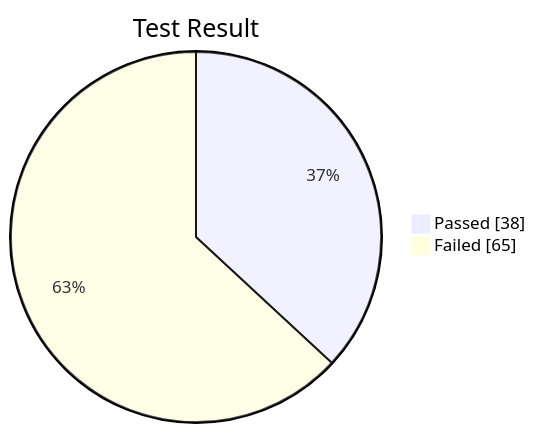
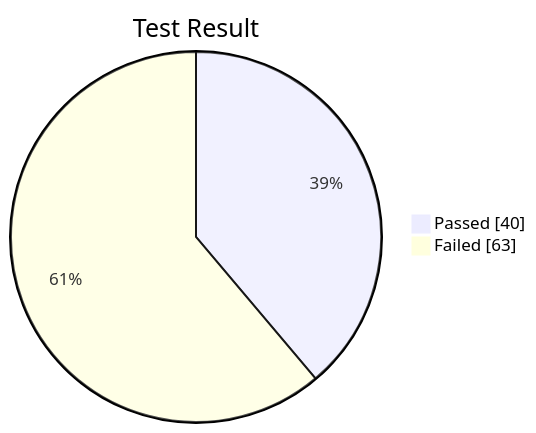
Before and after one commit to solo5star/woowacourse-precourse-judge: the diagram in judge/woowacourse-precourse/javascript-menu/README.md, drawn with Mermaid. The commit also changed other lines of this file and 10 other files, not shown here.

````diff
--- a/judge/woowacourse-precourse/javascript-menu/README.md
+++ b/judge/woowacourse-precourse/javascript-menu/README.md
@@ -9,6 +9,6 @@
 ```mermaid
 pie showData
     title Test Result
-    "Passed": 38
-    "Failed": 65
+    "Passed": 40
+    "Failed": 63
 ```
````
